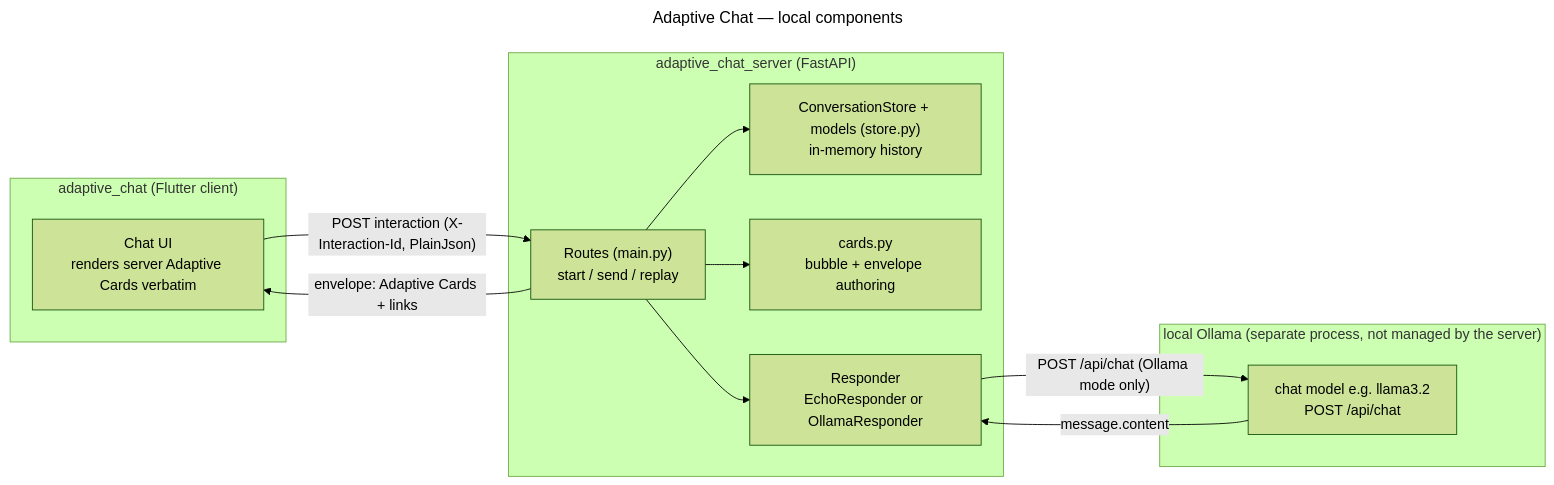
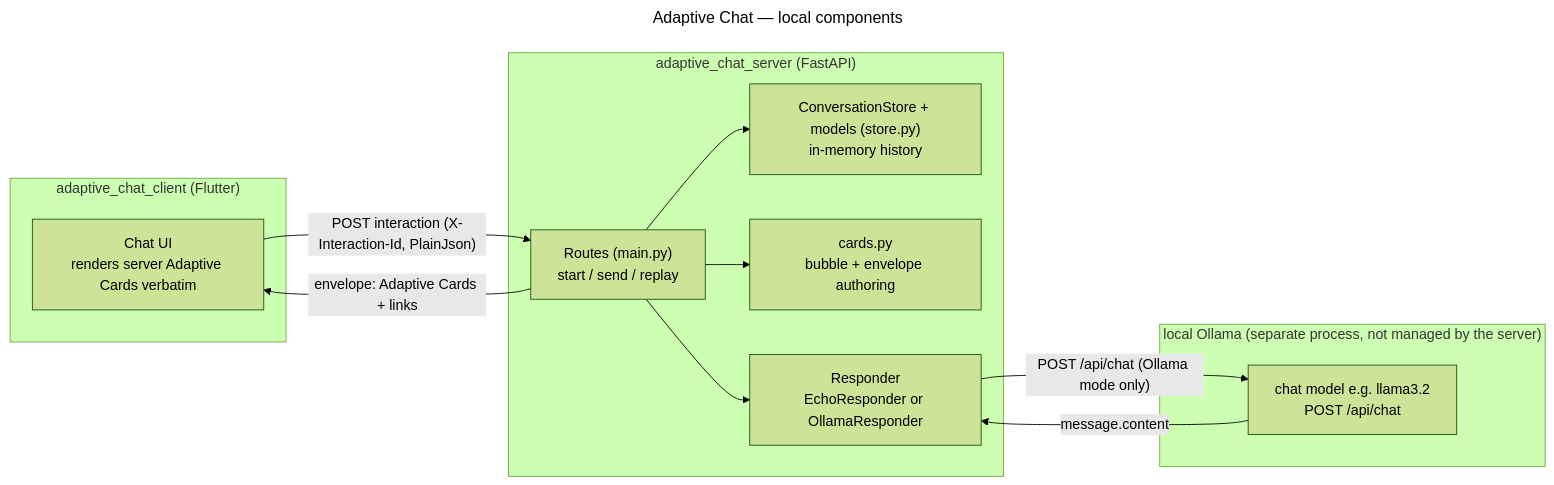
One commit to freemansoft/Flutter-AdaptiveCards changed the second of 4 diagrams in adaptive_chat_server/README.md. Above: the diagram before and after it, drawn with Mermaid (forest theme). The commit also changed other lines of this file and 4 other files, not shown here.

````diff
--- a/adaptive_chat_server/README.md
+++ b/adaptive_chat_server/README.md
@@ -160,26 +160,26 @@
 ```mermaid
 ---
 title: "Adaptive Chat — local components"
 ---
 flowchart LR
-    subgraph client["adaptive_chat (Flutter client)"]
+    subgraph client["adaptive_chat_client (Flutter)"]
         UI["Chat UI\nrenders server Adaptive Cards verbatim"]
     end
     subgraph server["adaptive_chat_server (FastAPI)"]
         ROUTES["Routes (main.py)\nstart / send / replay"]
         STORE["ConversationStore + models (store.py)\nin-memory history"]
         CARDS["cards.py\nbubble + envelope authoring"]
         RESP["Responder\nEchoResponder or OllamaResponder"]
     end
     subgraph ollama["local Ollama (separate process, not managed by the server)"]
         LLM["chat model e.g. llama3.2\nPOST /api/chat"]
     end
 
     UI -->|"POST interaction (X-Interaction-Id, PlainJson)"| ROUTES
     ROUTES -->|"envelope: Adaptive Cards + links"| UI
     ROUTES --> RESP
     ROUTES --> STORE
     ROUTES --> CARDS
     RESP -->|"POST /api/chat (Ollama mode only)"| LLM
     LLM -->|"message.content"| RESP
 ```
````
